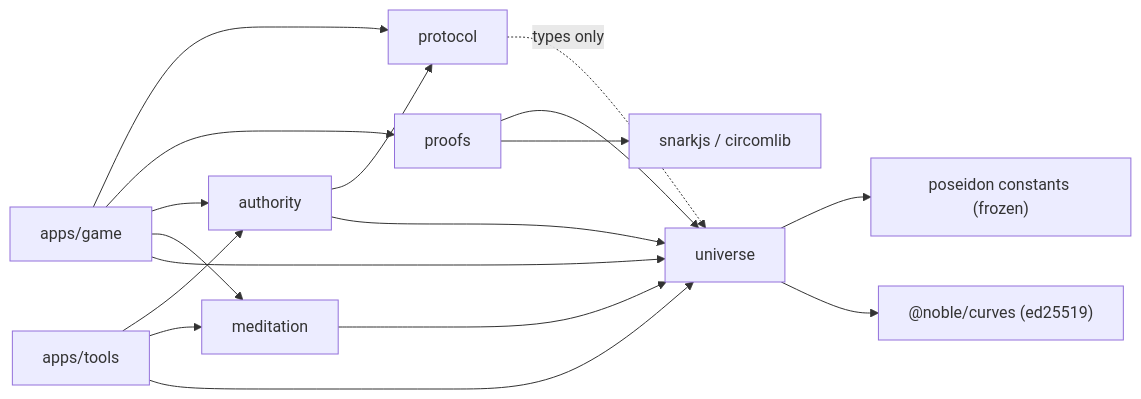
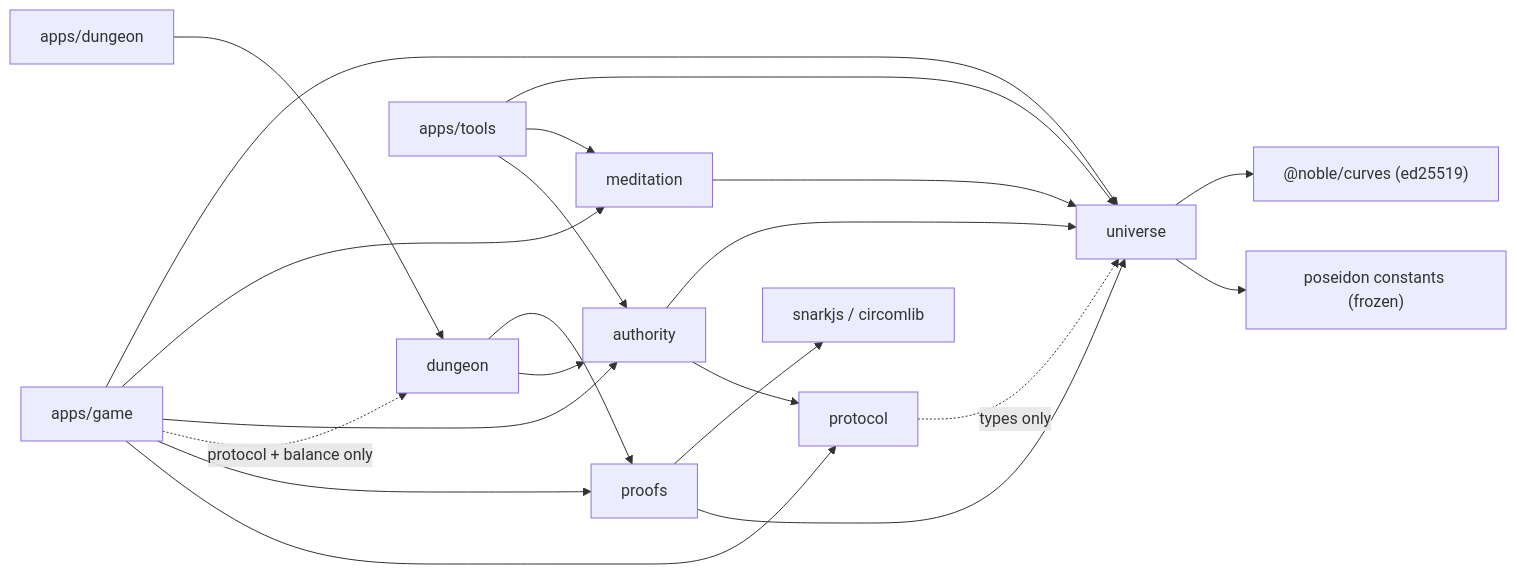
The first of 4 diagrams in games/truenames/docs/10-architecture.md (rranshous/context-games), drawn with Mermaid before and after one commit. The commit also changed other lines of this file and 22 other files, not shown here.

First line of the commit message:
truenames: the dungeon becomes its own Node process — authoritative round sim (packages/dungeon), WebSocket host (apps/dungeon), browser run as thin client

````diff
--- a/games/truenames/docs/10-architecture.md
+++ b/games/truenames/docs/10-architecture.md
@@ -22,17 +24,21 @@
 ```mermaid
 flowchart LR
   game[apps/game] --> protocol
   game --> proofs
+  game -. protocol + balance only .-> dungeon
+  dsrv[apps/dungeon] --> dungeon
+  dungeon --> authority
+  dungeon --> proofs
   proofs --> universe
   proofs --> SJ[snarkjs / circomlib]
   game --> authority
   game --> meditation
   game --> universe
   tools[apps/tools] --> authority & meditation & universe
   authority --> protocol
   authority --> universe
   meditation --> universe
   protocol -. types only .-> universe
   universe --> P["poseidon constants (frozen)"]
   universe --> N["@noble/curves (ed25519)"]
 ```
````
